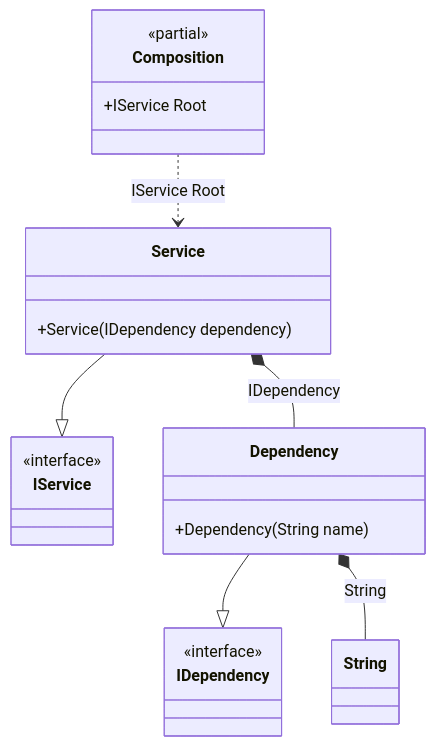
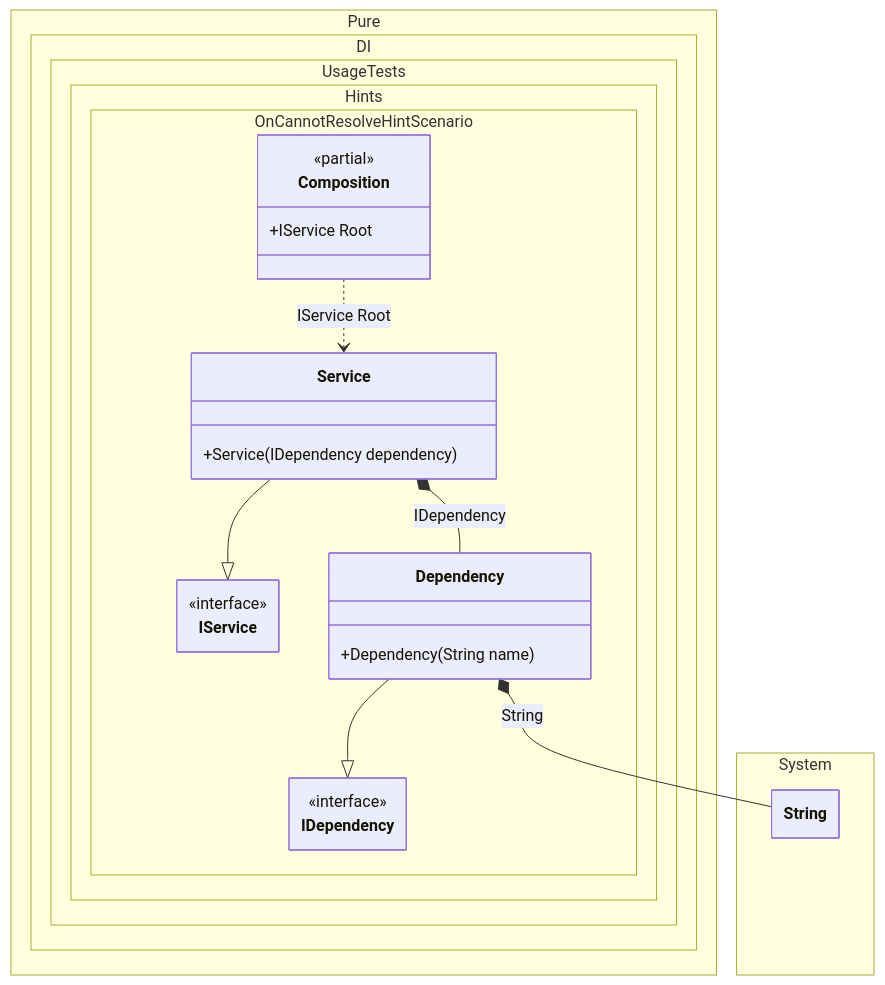
One commit to DevTeam/Pure.DI changed the diagram in readme/oncannotresolve-hint.md. Above: the diagram before and after it, drawn with Mermaid. The commit also changed 103 other files, not shown here.

Commit message:
Improved class diagrams

````diff
--- a/readme/oncannotresolve-hint.md
+++ b/readme/oncannotresolve-hint.md
@@ -96,25 +96,35 @@
 ```mermaid
+---
+ config:
+  class:
+   hideEmptyMembersBox: true
+---
 classDiagram
-	class Composition {
-		<<partial>>
-		+IService Root
-	}
 	Service --|> IService
-	class Service {
-		+Service(IDependency dependency)
-	}
-	class String
 	Dependency --|> IDependency
-	class Dependency {
-		+Dependency(String name)
-	}
-	class IService {
-		<<interface>>
-	}
-	class IDependency {
-		<<interface>>
-	}
 	Composition ..> Service : IService Root
 	Service *--  Dependency : IDependency
 	Dependency *--  String : String
+	namespace Pure.DI.UsageTests.Hints.OnCannotResolveHintScenario {
+		class Composition {
+		<<partial>>
+		+IService Root
+		}
+		class Dependency {
+			+Dependency(String name)
+		}
+		class IDependency {
+			<<interface>>
+		}
+		class IService {
+			<<interface>>
+		}
+		class Service {
+			+Service(IDependency dependency)
+		}
+	}
+	namespace System {
+		class String {
+		}
+	}
 ```
````
